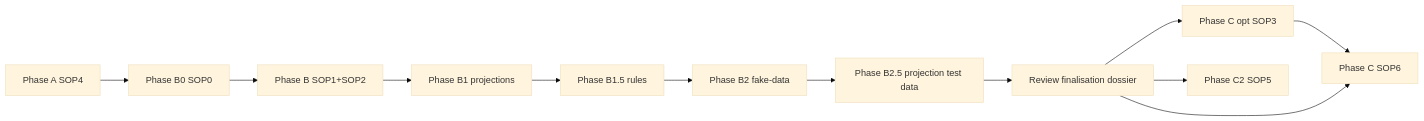
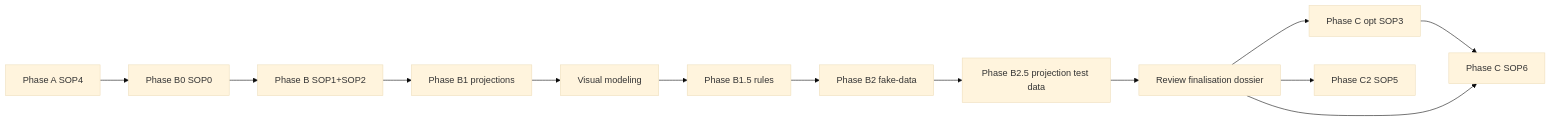
Before and after one commit to mindflight-orchestrator/starter-kit-ghostcrab-perso: the diagram in starterkit/personal-mcp/SOP_SEQUENCE.md, drawn with Mermaid (base theme). The commit also changed other lines of this file and 13 other files, not shown here.

First line of the commit message:
Add Mermaid visual modeling gate across StarterKit workflow.

````diff
--- a/starterkit/personal-mcp/SOP_SEQUENCE.md
+++ b/starterkit/personal-mcp/SOP_SEQUENCE.md
@@ -31,18 +31,19 @@
 ```mermaid
 flowchart LR
   A[Phase A SOP4]
   B0[Phase B0 SOP0]
   B[Phase B SOP1+SOP2]
   B1[Phase B1 projections]
+  V[Visual modeling]
   B15[Phase B1.5 rules]
   B2[Phase B2 fake-data]
   B25[Phase B2.5 projection test data]
   R[Review finalisation dossier]
   C3[Phase C opt SOP3]
   C6[Phase C SOP6]
   C2[Phase C2 SOP5]
-  A --> B0 --> B --> B1 --> B15 --> B2 --> B25 --> R
+  A --> B0 --> B --> B1 --> V --> B15 --> B2 --> B25 --> R
   R --> C3 --> C6
   R --> C6
   R --> C2
 ```
````
